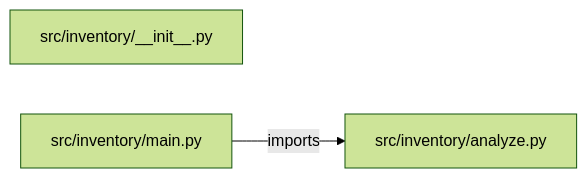
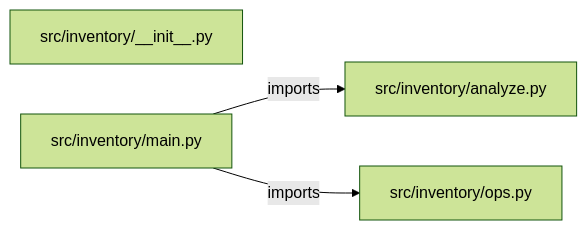
One commit to iarsingh/cloud-resource-inventory-platform changed the diagram in PROJECT_ARCHITECTURE.md. Above: the diagram before and after it, drawn with Mermaid (forest theme). The commit also changed other lines of this file and 2 other files, not shown here.

Commit message:
Refresh architecture and interview guides from current implementation

````diff
--- a/PROJECT_ARCHITECTURE.md
+++ b/PROJECT_ARCHITECTURE.md
@@ -13,7 +13,9 @@
 ```mermaid
 flowchart LR
     M0["src/inventory/__init__.py"]
     M1["src/inventory/analyze.py"]
     M2["src/inventory/main.py"]
+    M3["src/inventory/ops.py"]
     M2 -->|imports| M1
+    M2 -->|imports| M3
 ```
````
